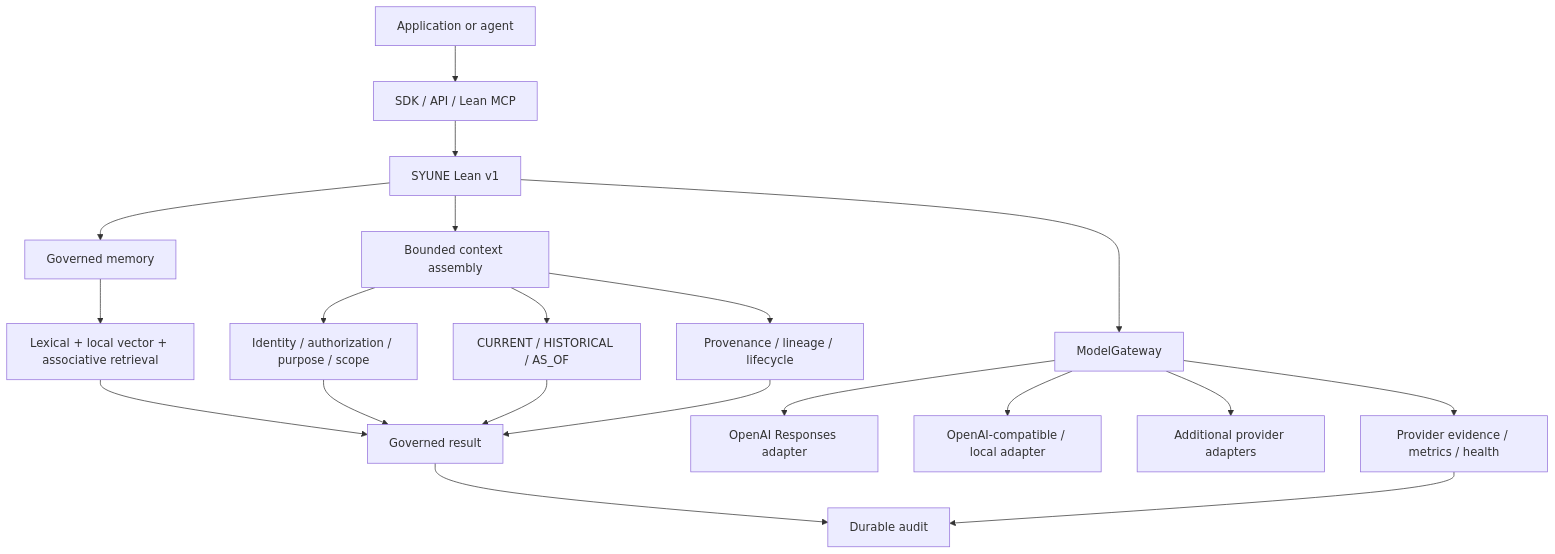
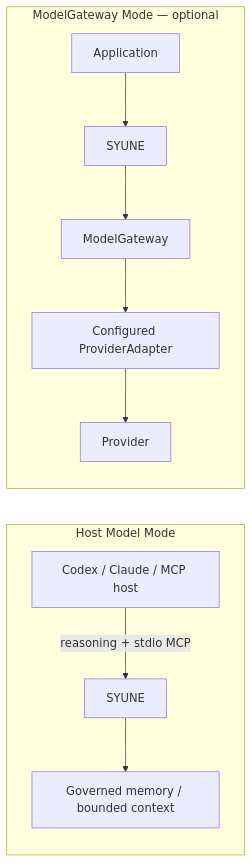
The diagram in docs/architecture/LEAN_V1_ARCHITECTURE.md (Npalyan002/Syune-AI), drawn with Mermaid before and after one commit. The commit also changed other lines of this file and 22 other files, not shown here.

````diff
--- a/docs/architecture/LEAN_V1_ARCHITECTURE.md
+++ b/docs/architecture/LEAN_V1_ARCHITECTURE.md
@@ -7,22 +7,13 @@
 ```mermaid
-flowchart TD
-  App[Application or agent] --> Surface[SDK / API / Lean MCP]
-  Surface --> Runtime[SYUNE Lean v1]
-  Runtime --> Memory[Governed memory]
-  Runtime --> Context[Bounded context assembly]
-  Runtime --> Gateway[ModelGateway]
-  Memory --> Retrieval[Lexical + local vector + associative retrieval]
-  Context --> Auth[Identity / authorization / purpose / scope]
-  Context --> Time[CURRENT / HISTORICAL / AS_OF]
-  Context --> Trace[Provenance / lineage / lifecycle]
-  Retrieval --> Result[Governed result]
-  Auth --> Result
-  Time --> Result
-  Trace --> Result
-  Gateway --> OpenAI[OpenAI Responses adapter]
-  Gateway --> Compatible[OpenAI-compatible / local adapter]
-  Gateway --> Adapters[Additional provider adapters]
-  Result --> Audit[Durable audit]
-  Gateway --> Evidence[Provider evidence / metrics / health]
-  Evidence --> Audit
+flowchart LR
+  subgraph HostMode[Host Model Mode]
+    Host[Codex / Claude / MCP host] -->|reasoning + stdio MCP| HostRuntime[SYUNE]
+    HostRuntime --> HostMemory[Governed memory / bounded context]
+  end
+  subgraph ModelMode[ModelGateway Mode — optional]
+    App[Application] --> Runtime[SYUNE]
+    Runtime --> Gateway[ModelGateway]
+    Gateway --> Adapter[Configured ProviderAdapter]
+    Adapter --> Provider[Provider]
+  end
 ```
````
